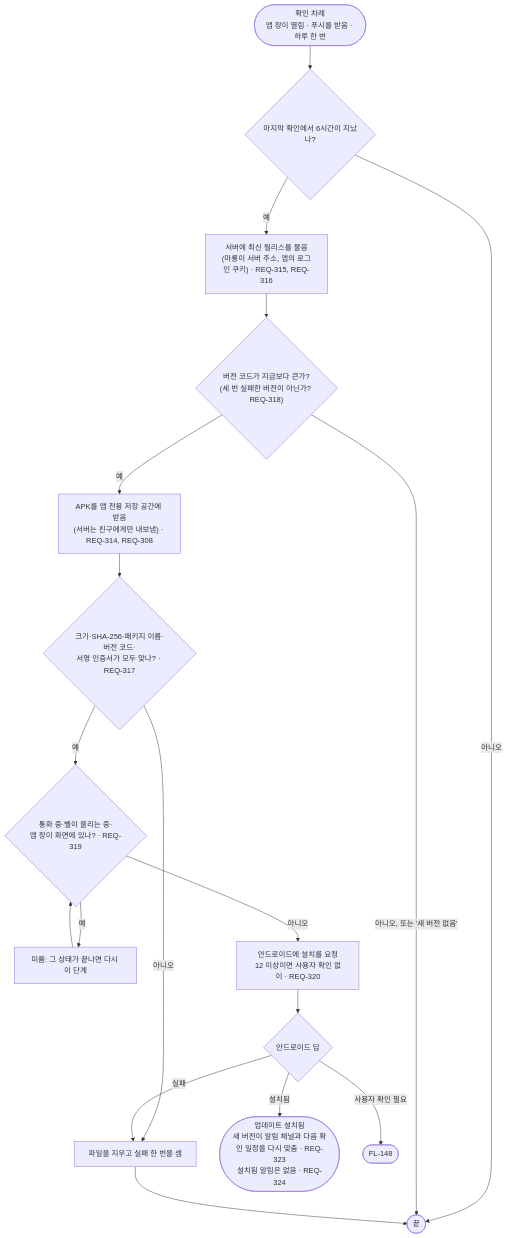
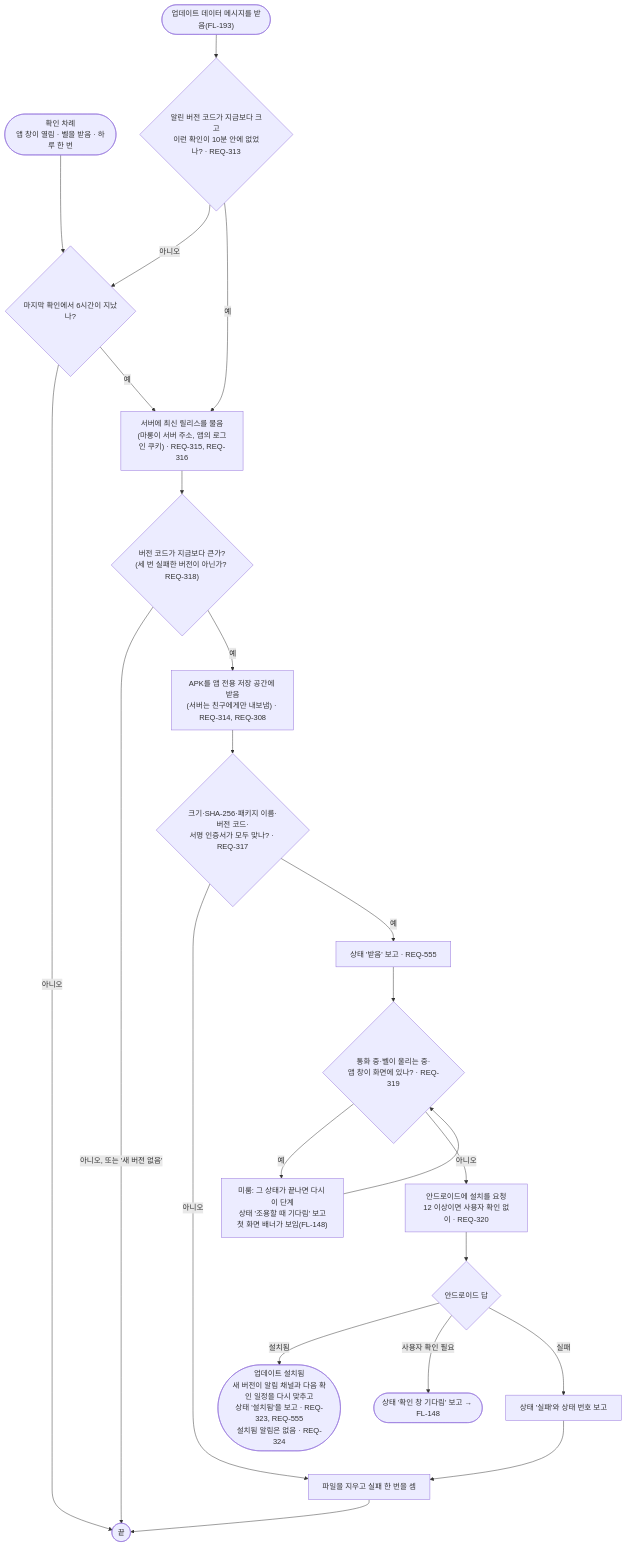
One commit to kodonghui/marong2 changed the diagram in docs/03-user-flow/FL-147-app-update.md. Above: the diagram before and after it, drawn with Mermaid. The commit also changed other lines of this file and 17 other files, not shown here.

````diff
--- a/docs/03-user-flow/FL-147-app-update.md
+++ b/docs/03-user-flow/FL-147-app-update.md
@@ -7,20 +9,25 @@
 ```mermaid
 flowchart TD
-  A(["확인 차례<br/>앱 창이 열림 · 푸시를 받음 · 하루 한 번"]) --> B{"마지막 확인에서 6시간이 지났나?"}
+  A(["확인 차례<br/>앱 창이 열림 · 벨을 받음 · 하루 한 번"]) --> B{"마지막 확인에서 6시간이 지났나?"}
+  A2(["업데이트 데이터 메시지를 받음(FL-193)"]) --> B2{"알린 버전 코드가 지금보다 크고<br/>이런 확인이 10분 안에 없었나? · REQ-313"}
+  B2 -->|아니오| B
+  B2 -->|예| C
   B -->|아니오| Z(["끝"])
   B -->|예| C["서버에 최신 릴리스를 물음<br/>(마롱이 서버 주소, 앱의 로그인 쿠키) · REQ-315, REQ-316"]
   C --> D{"버전 코드가 지금보다 큰가?<br/>(세 번 실패한 버전이 아닌가? REQ-318)"}
   D -->|아니오, 또는 '새 버전 없음'| Z
   D -->|예| E["APK를 앱 전용 저장 공간에 받음<br/>(서버는 친구에게만 내보냄) · REQ-314, REQ-308"]
   E --> F{"크기·SHA-256·패키지 이름·버전 코드·<br/>서명 인증서가 모두 맞나? · REQ-317"}
   F -->|아니오| F1["파일을 지우고 실패 한 번을 셈"]
   F1 --> Z
-  F -->|예| G{"통화 중·벨이 울리는 중·<br/>앱 창이 화면에 있나? · REQ-319"}
-  G -->|예| G1["미룸: 그 상태가 끝나면 다시 이 단계"]
+  F -->|예| S1["상태 '받음' 보고 · REQ-555"]
+  S1 --> G{"통화 중·벨이 울리는 중·<br/>앱 창이 화면에 있나? · REQ-319"}
+  G -->|예| G1["미룸: 그 상태가 끝나면 다시 이 단계<br/>상태 '조용할 때 기다림' 보고<br/>첫 화면 배너가 보임(FL-148)"]
   G1 --> G
   G -->|아니오| H["안드로이드에 설치를 요청<br/>12 이상이면 사용자 확인 없이 · REQ-320"]
   H --> I{"안드로이드 답"}
-  I -->|설치됨| J(["업데이트 설치됨<br/>새 버전이 알림 채널과 다음 확인 일정을 다시 맞춤 · REQ-323<br/>설치됨 알림은 없음 · REQ-324"])
-  I -->|사용자 확인 필요| K(["FL-148"])
-  I -->|실패| F1
+  I -->|설치됨| J(["업데이트 설치됨<br/>새 버전이 알림 채널과 다음 확인 일정을 다시 맞추고<br/>상태 '설치됨'을 보고 · REQ-323, REQ-555<br/>설치됨 알림은 없음 · REQ-324"])
+  I -->|사용자 확인 필요| K(["상태 '확인 창 기다림' 보고 → FL-148"])
+  I -->|실패| F2["상태 '실패'와 상태 번호 보고"]
+  F2 --> F1
 ```
````
